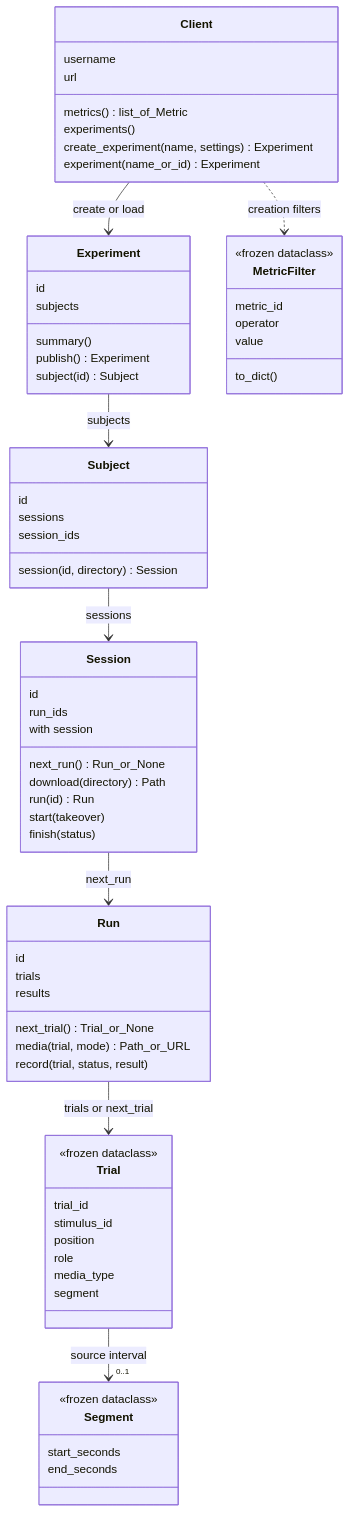
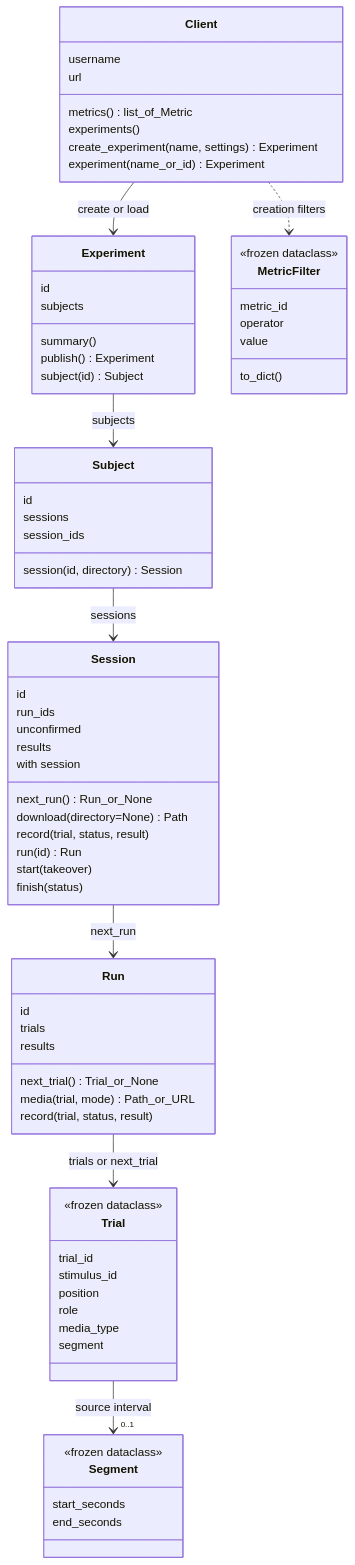
Before and after one commit to lobennett/dbstim: the diagram in docs/api-classes.md, drawn with Mermaid. The commit also changed other lines of this file and 19 other files, not shown here.

````diff
--- a/docs/api-classes.md
+++ b/docs/api-classes.md
@@ -6,71 +6,74 @@
 ```mermaid
 classDiagram
     direction TB
     class Client {
         username
         url
         metrics() list_of_Metric
         experiments()
         create_experiment(name, settings) Experiment
         experiment(name_or_id) Experiment
     }
     class Experiment {
         id
         summary()
         subjects
         publish() Experiment
         subject(id) Subject
     }
     class Subject {
         id
         sessions
         session_ids
         session(id, directory) Session
     }
     class Session {
         id
         run_ids
+        unconfirmed
+        results
         with session
         next_run() Run_or_None
-        download(directory) Path
+        download(directory=None) Path
+        record(trial, status, result)
         run(id) Run
         start(takeover)
         finish(status)
     }
     class Run {
         id
         trials
         results
         next_trial() Trial_or_None
         media(trial, mode) Path_or_URL
         record(trial, status, result)
     }
     class Trial {
         <<frozen dataclass>>
         trial_id
         stimulus_id
         position
         role
         media_type
         segment
     }
     class Segment {
         <<frozen dataclass>>
         start_seconds
         end_seconds
     }
     class MetricFilter {
         <<frozen dataclass>>
         metric_id
         operator
         value
         to_dict()
     }
     Client --> Experiment : create or load
     Experiment --> Subject : subjects
     Subject --> Session : sessions
     Session --> Run : next_run
     Run --> Trial : trials or next_trial
     Trial --> "0..1" Segment : source interval
     Client ..> MetricFilter : creation filters
 ```
````
